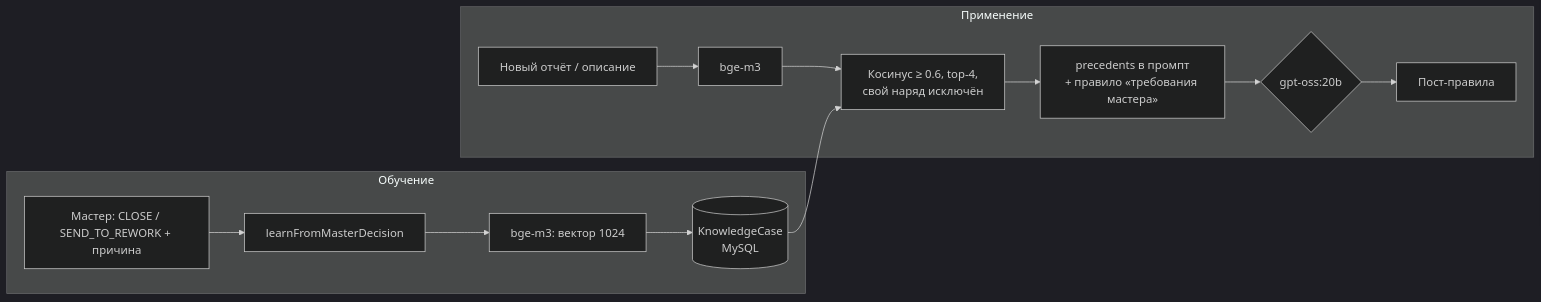
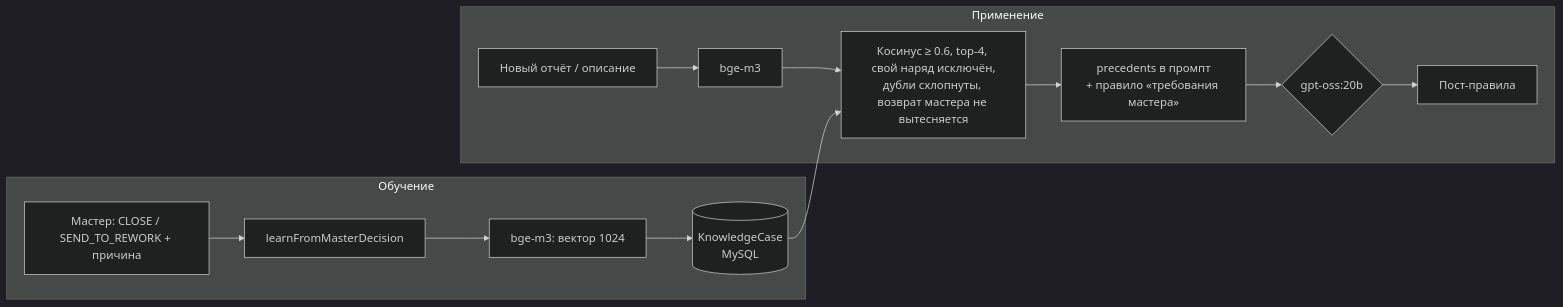
One commit to g0v4k0/naryad-ai-backend changed the fourth of 4 diagrams in README.md. Above: the diagram before and after it, drawn with Mermaid (dark theme). The commit also changed other lines of this file and 19 other files, not shown here.

````diff
--- a/README.md
+++ b/README.md
@@ -255,16 +255,16 @@
 ```mermaid
 flowchart LR
   subgraph Обучение
     M[Мастер: CLOSE / SEND_TO_REWORK + причина] --> L[learnFromMasterDecision]
     L --> EM[bge-m3: вектор 1024]
     EM --> KC[(KnowledgeCase<br/>MySQL)]
   end
   subgraph Применение
     N[Новый отчёт / описание] --> Q[bge-m3]
-    Q --> S[Косинус ≥ 0.6, top-4,<br/>свой наряд исключён]
+    Q --> S[Косинус ≥ 0.6, top-4, свой наряд исключён,<br/>дубли схлопнуты, возврат мастера не вытесняется]
     KC --> S
     S --> P[precedents в промпт<br/>+ правило «требования мастера»]
     P --> LLM{gpt-oss:20b}
     LLM --> H[Пост-правила]
   end
 ```
````
